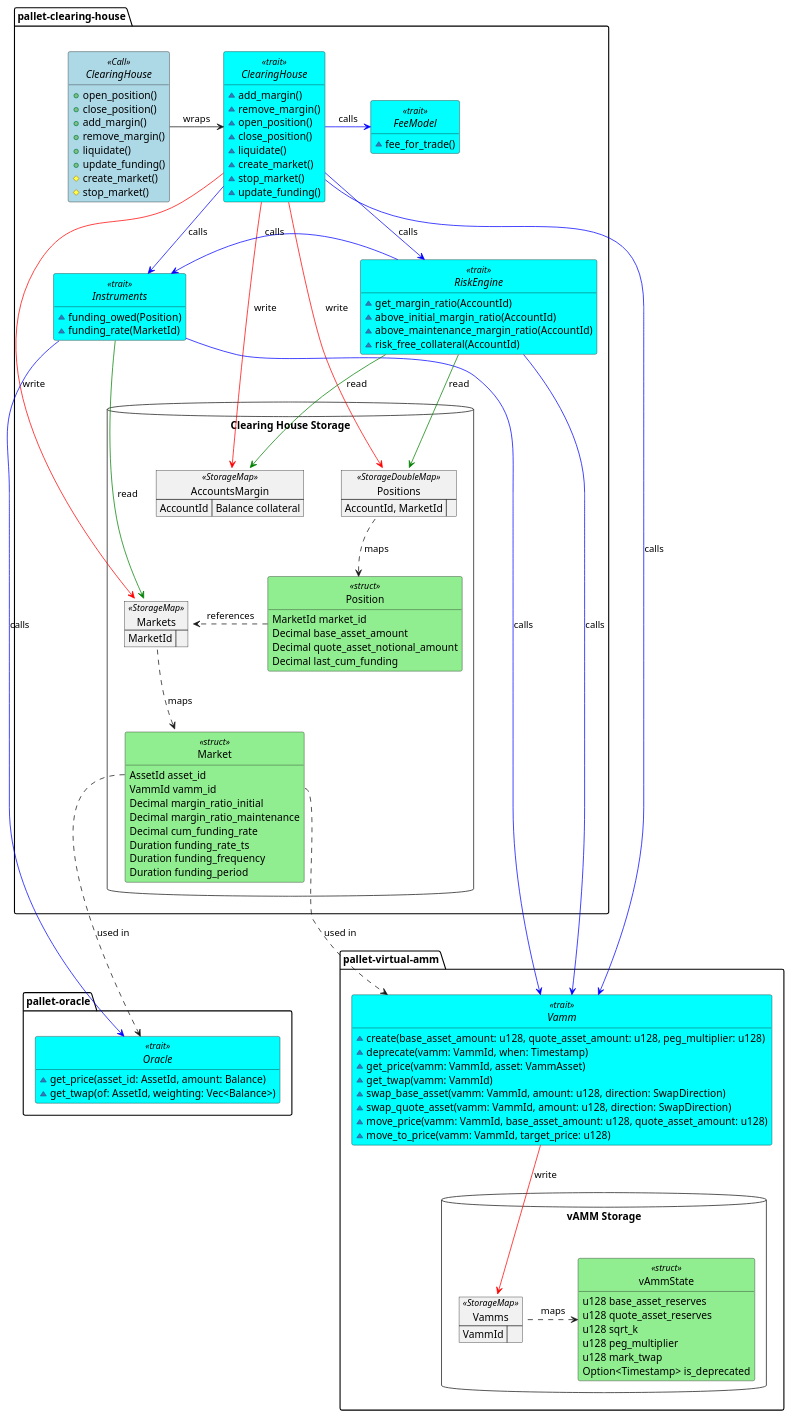
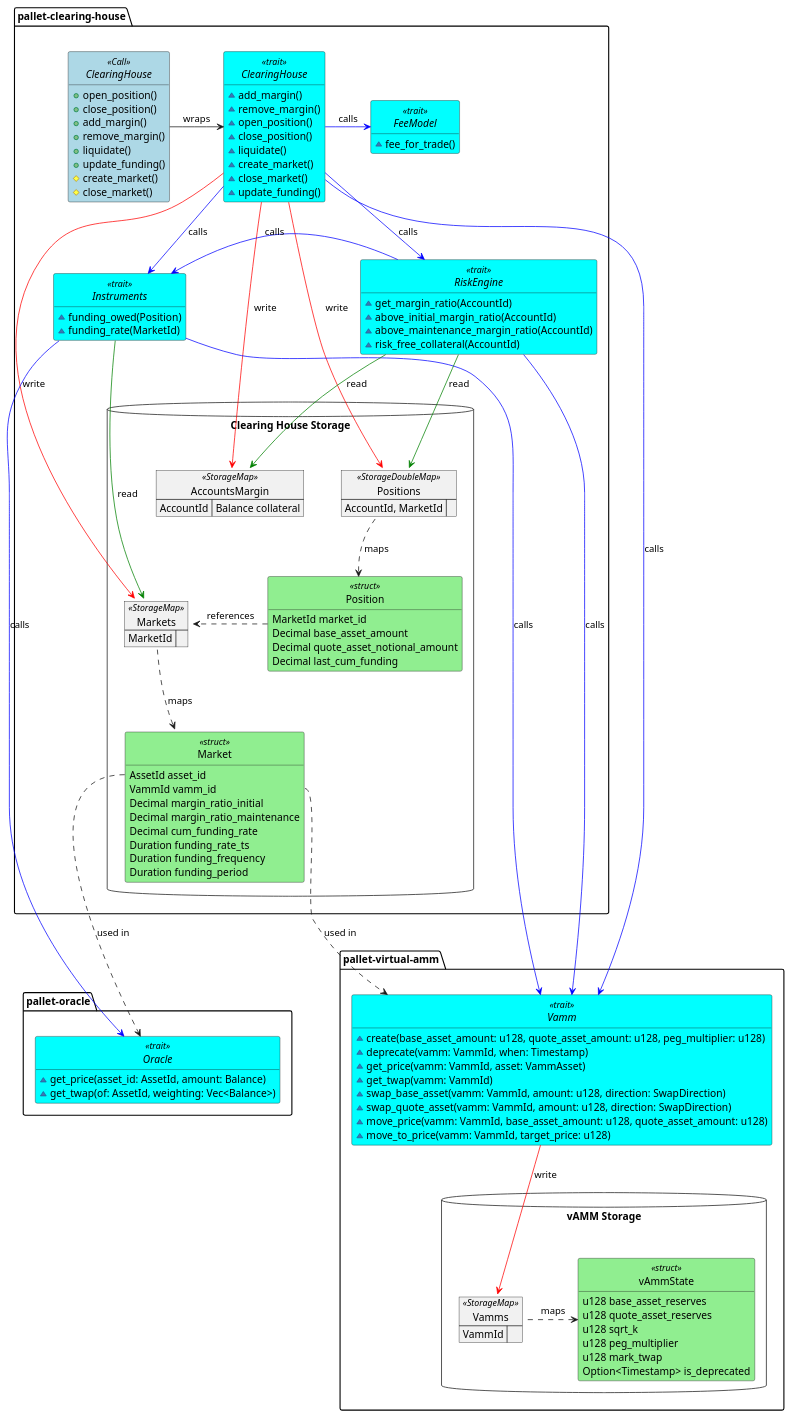
One commit to ComposableFi/composable changed the diagram in frame/clearing-house/diagrams/clearing-house.plantuml. Above: the diagram before and after it, drawn with PlantUML.

Commit message:
docs(CH): rename stop_market to close_market

```diff
--- a/frame/clearing-house/diagrams/clearing-house.plantuml
+++ b/frame/clearing-house/diagrams/clearing-house.plantuml
@@ -1,173 +1,173 @@
 @startuml clearing-house
 
 <style>
 .struct {
     BackgroundColor LightGreen
 }
 .Call {
     BackgroundColor LightBlue
 }
 .trait {
     BackgroundColor Cyan
 }
 </style>
 
 package "pallet-clearing-house" {
     interface ClearingHouse <<Call>> {
         + open_position()
         + close_position()
         + add_margin()
         + remove_margin()
         + liquidate()
         + update_funding()
         # create_market()
-        # stop_market()
+        # close_market()
     }
 
     interface "ClearingHouse" as CH <<trait>> {
         ~ add_margin()
         ~ remove_margin()
         ~ open_position()
         ~ close_position()
         ~ liquidate()
         ~ create_market()
-        ~ stop_market()
+        ~ close_market()
         ~ update_funding()
     }
     
     interface "RiskEngine" as RETrait <<trait>> {
         ~ get_margin_ratio(AccountId)
         ~ above_initial_margin_ratio(AccountId)
         ~ above_maintenance_margin_ratio(AccountId)
         ~ risk_free_collateral(AccountId)
         '~ get_free_collateral()
     }
     
     interface "Instruments" as ITrait <<trait>> {
         ~ funding_owed(Position)
         ~ funding_rate(MarketId)
     }
 
     interface "FeeModel" as FTrait <<trait>> {
         ~ fee_for_trade()
     }
 
     database "Clearing House Storage" {
         map "AccountsMargin" as MarginAccounts <<StorageMap>> {
             AccountId => Balance collateral
         }
 
         map Positions <<StorageDoubleMap>> {
             AccountId, MarketId =>
         }
 
         map Markets <<StorageMap>> {
             MarketId =>
         }
 
         class Position <<struct>> {
             MarketId market_id
             Decimal base_asset_amount
             Decimal quote_asset_notional_amount
             Decimal last_cum_funding
         }
 
         class Market <<struct>> {
             AssetId asset_id
             VammId vamm_id
             Decimal margin_ratio_initial
             Decimal margin_ratio_maintenance
             Decimal cum_funding_rate
             Duration funding_rate_ts
             Duration funding_frequency
             Duration funding_period
         }
     }
 }
 
 package "pallet-virtual-amm" {
     interface "Vamm" as vAmm <<trait>> {
         ~ create(base_asset_amount: u128, quote_asset_amount: u128, peg_multiplier: u128)
         ~ deprecate(vamm: VammId, when: Timestamp)
         ~ get_price(vamm: VammId, asset: VammAsset)
         ~ get_twap(vamm: VammId)
         ~ swap_base_asset(vamm: VammId, amount: u128, direction: SwapDirection)
         ~ swap_quote_asset(vamm: VammId, amount: u128, direction: SwapDirection)
         ~ move_price(vamm: VammId, base_asset_amount: u128, quote_asset_amount: u128)
         ~ move_to_price(vamm: VammId, target_price: u128)
     }
     database "vAMM Storage" {
         map "Vamms" as vAmms <<StorageMap>> {
             VammId =>
         }
         class vAmmState <<struct>> {
             u128 base_asset_reserves
             u128 quote_asset_reserves
             u128 sqrt_k
             u128 peg_multiplier
             u128 mark_twap
             Option<Timestamp> is_deprecated
         }
     }
 }
 
 package "pallet-oracle" {
     interface Oracle <<trait>> {
         ~get_price(asset_id: AssetId, amount: Balance)
         ~get_twap(of: AssetId, weighting: Vec<Balance>)
     }
 }
 
 hide empty members
 hide circle
 
 '================== Storage relationships
 Markets ..down> Market : maps
 Market::vamm_id ..> vAmm : used in
 Market::asset_id ..> Oracle : used in
 
 Positions ..down> Position: maps
 Position ..right> Markets : references
 
 '================== Control flow relationships             
 ClearingHouse -> CH : wraps
 
 CH -[#blue]-> ITrait : calls
 
 'add_margin
 'remove_margin
 CH -[#red]-> MarginAccounts : write
 
 'create_market
-'stop_market
+'close_market
 CH -[#red]-> Markets : write
 
 'remove_margin
 CH -[#blue]-> RETrait : calls
 
 'open_position
 'close_position
 'liquidate
 CH -[#red]-> Positions : write
 CH -[#blue]right> FTrait : calls
 
 'open_position
 'close_position
 CH -[#blue]-> vAmm : calls
 
 'update_funding
 ITrait -[#green]-> Markets : read
 ITrait -[#blue]-> Oracle : calls
 ITrait -[#blue]-> vAmm : calls
 
 'get_margin_ratio
 RETrait -[#green]-> MarginAccounts : read
 RETrait -[#green]-> Positions : read
 RETrait -left[#blue]> ITrait : calls
 RETrait -[#blue]-> vAmm : calls
 
 'vAMM
 vAmm -down[#red]-> vAmms : write
 vAmms ..right> vAmmState : maps
 
 @enduml
```
